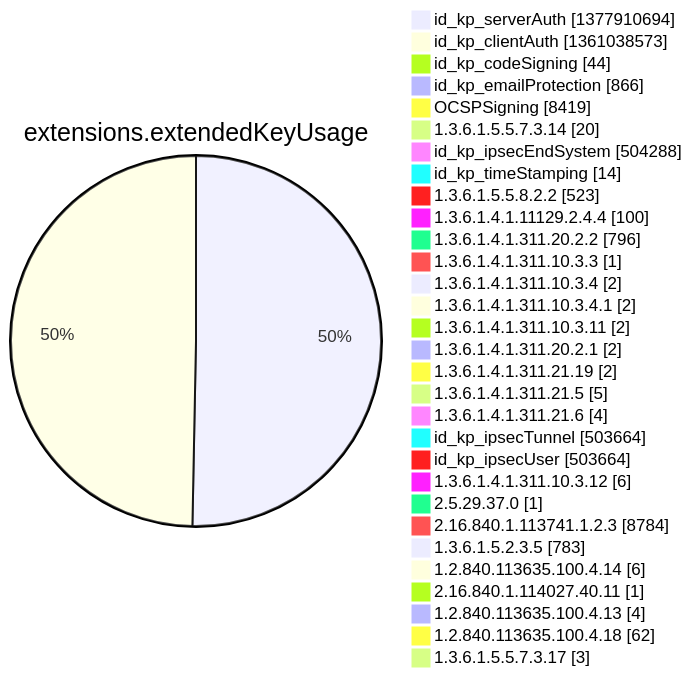
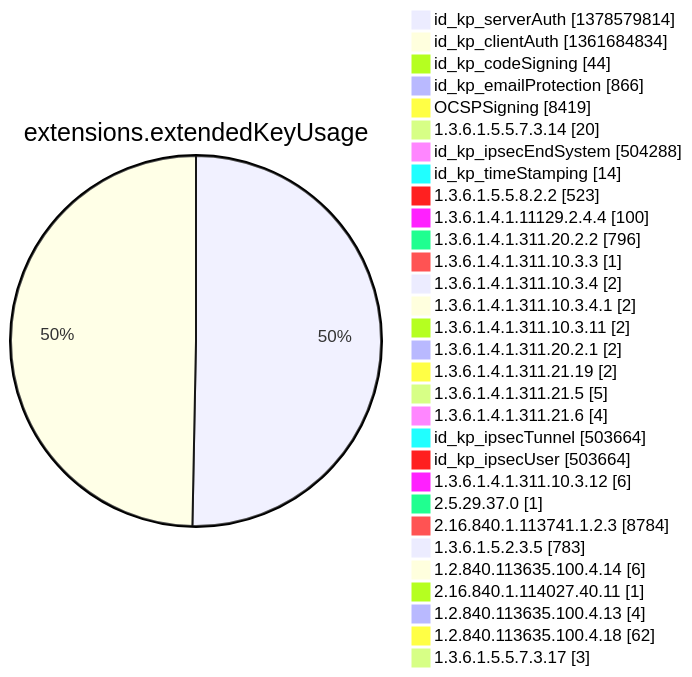
Before and after one commit to christiankrug/ctmonitor_visualization: diagram 12 of 15 in argon2022/README.md, drawn with Mermaid. The commit also changed other lines of this file, not shown here.

````diff
--- a/argon2022/README.md
+++ b/argon2022/README.md
@@ -3553,34 +3554,34 @@
 ```mermaid
 pie showData
 title extensions.extendedKeyUsage
-"id_kp_serverAuth" :1377910694
-"id_kp_clientAuth" :1361038573
+"id_kp_serverAuth" :1378579814
+"id_kp_clientAuth" :1361684834
 "id_kp_codeSigning" :44
 "id_kp_emailProtection" :866
 "OCSPSigning" :8419
 "1.3.6.1.5.5.7.3.14" :20
 "id_kp_ipsecEndSystem" :504288
 "id_kp_timeStamping" :14
 "1.3.6.1.5.5.8.2.2" :523
 "1.3.6.1.4.1.11129.2.4.4" :100
 "1.3.6.1.4.1.311.20.2.2" :796
 "1.3.6.1.4.1.311.10.3.3" :1
 "1.3.6.1.4.1.311.10.3.4" :2
 "1.3.6.1.4.1.311.10.3.4.1" :2
 "1.3.6.1.4.1.311.10.3.11" :2
 "1.3.6.1.4.1.311.20.2.1" :2
 "1.3.6.1.4.1.311.21.19" :2
 "1.3.6.1.4.1.311.21.5" :5
 "1.3.6.1.4.1.311.21.6" :4
 "id_kp_ipsecTunnel" :503664
 "id_kp_ipsecUser" :503664
 "1.3.6.1.4.1.311.10.3.12" :6
 "2.5.29.37.0" :1
 "2.16.840.1.113741.1.2.3" :8784
 "1.3.6.1.5.2.3.5" :783
 "1.2.840.113635.100.4.14" :6
 "2.16.840.1.114027.40.11" :1
 "1.2.840.113635.100.4.13" :4
 "1.2.840.113635.100.4.18" :62
 "1.3.6.1.5.5.7.3.17" :3
 ```
````
